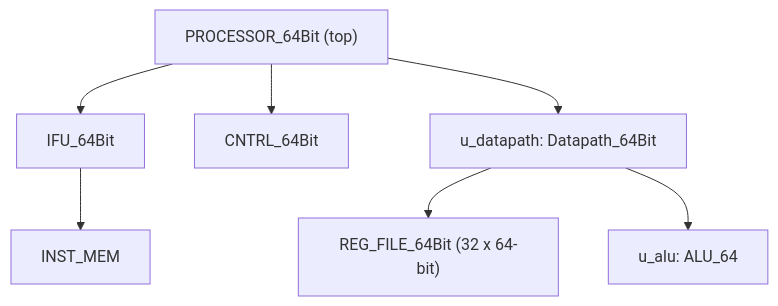
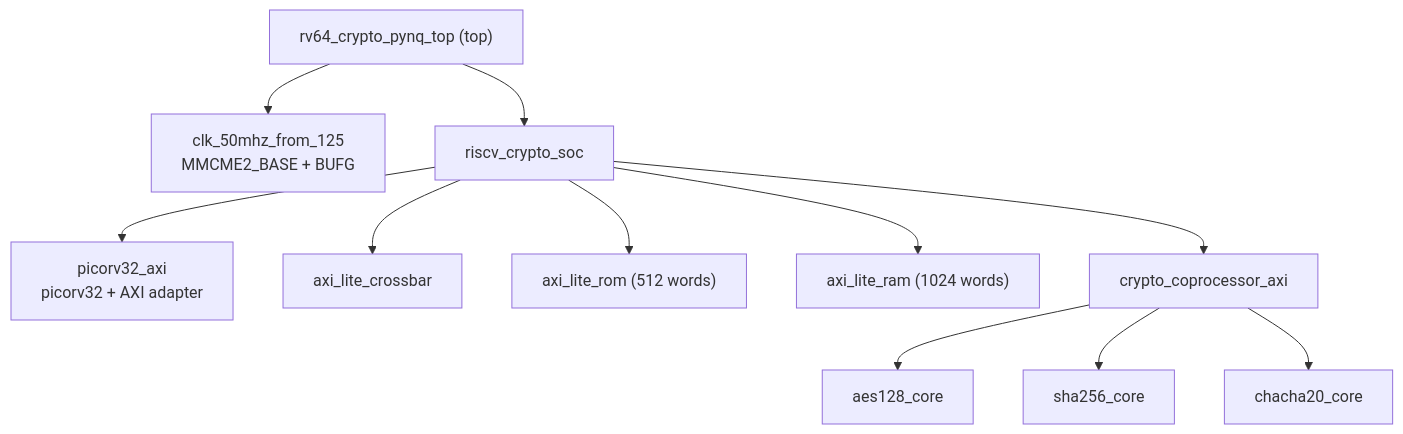
The diagram in README.md (Aravindakshan953/RISC-V-Crypto-SoC-on-a-Virtex-7-FPGA), drawn with Mermaid before and after one commit. The commit also changed other lines of this file, not shown here.

First line of the commit message:
Revise README for RISC-V Crypto SoC on Virtex-7 FPGA

````diff
--- a/README.md
+++ b/README.md
@@ -42,9 +29,13 @@
 ```mermaid
 graph TD
-    TOP["PROCESSOR_64Bit (top)"] --> IFU["IFU_64Bit"]
-    TOP --> CU["CNTRL_64Bit"]
-    TOP --> DP["u_datapath: Datapath_64Bit"]
-    IFU --> IM["INST_MEM"]
-    DP --> RF["REG_FILE_64Bit (32 x 64-bit)"]
-    DP --> ALU["u_alu: ALU_64"]
+    TOP["rv64_crypto_pynq_top (top)"] --> CLK["clk_50mhz_from_125<br/>MMCME2_BASE + BUFG"]
+    TOP --> SOC["riscv_crypto_soc"]
+    SOC --> CPU["picorv32_axi<br/>picorv32 + AXI adapter"]
+    SOC --> XBAR["axi_lite_crossbar"]
+    SOC --> ROM["axi_lite_rom (512 words)"]
+    SOC --> RAM["axi_lite_ram (1024 words)"]
+    SOC --> CRY["crypto_coprocessor_axi"]
+    CRY --> AES["aes128_core"]
+    CRY --> SHA["sha256_core"]
+    CRY --> CHA["chacha20_core"]
 ```
````
